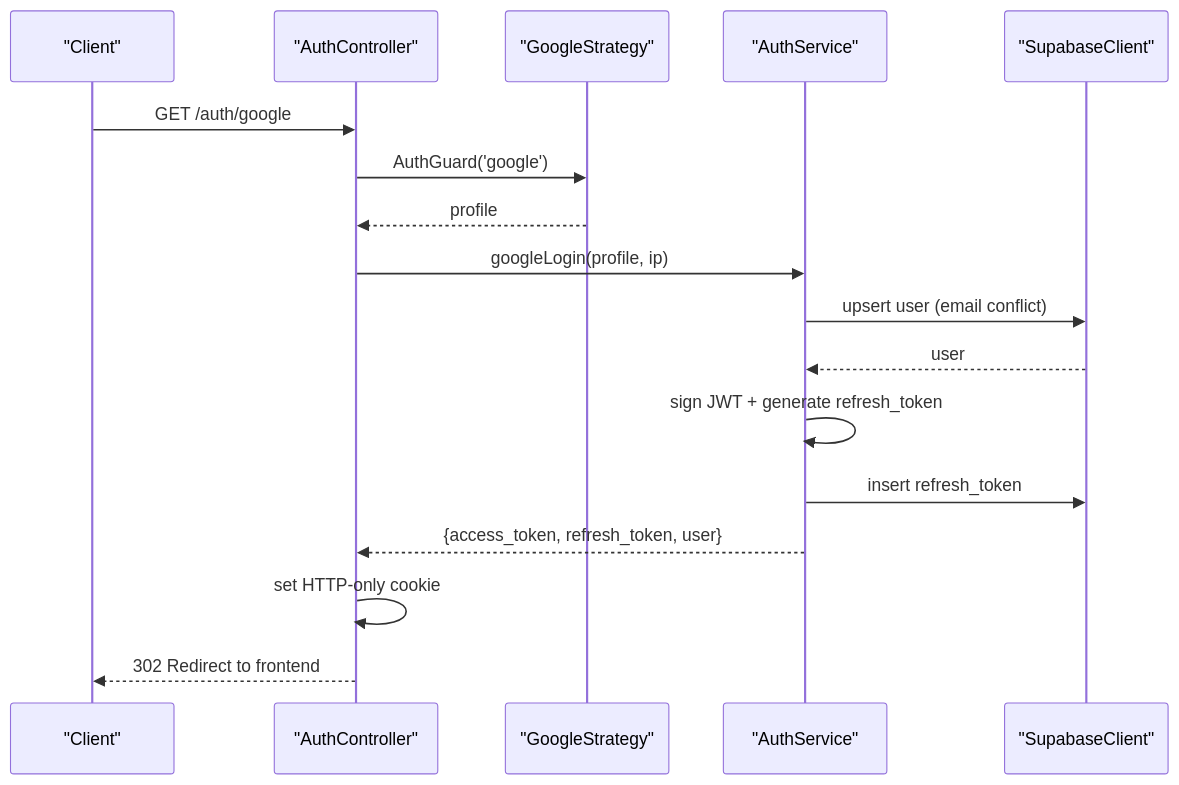
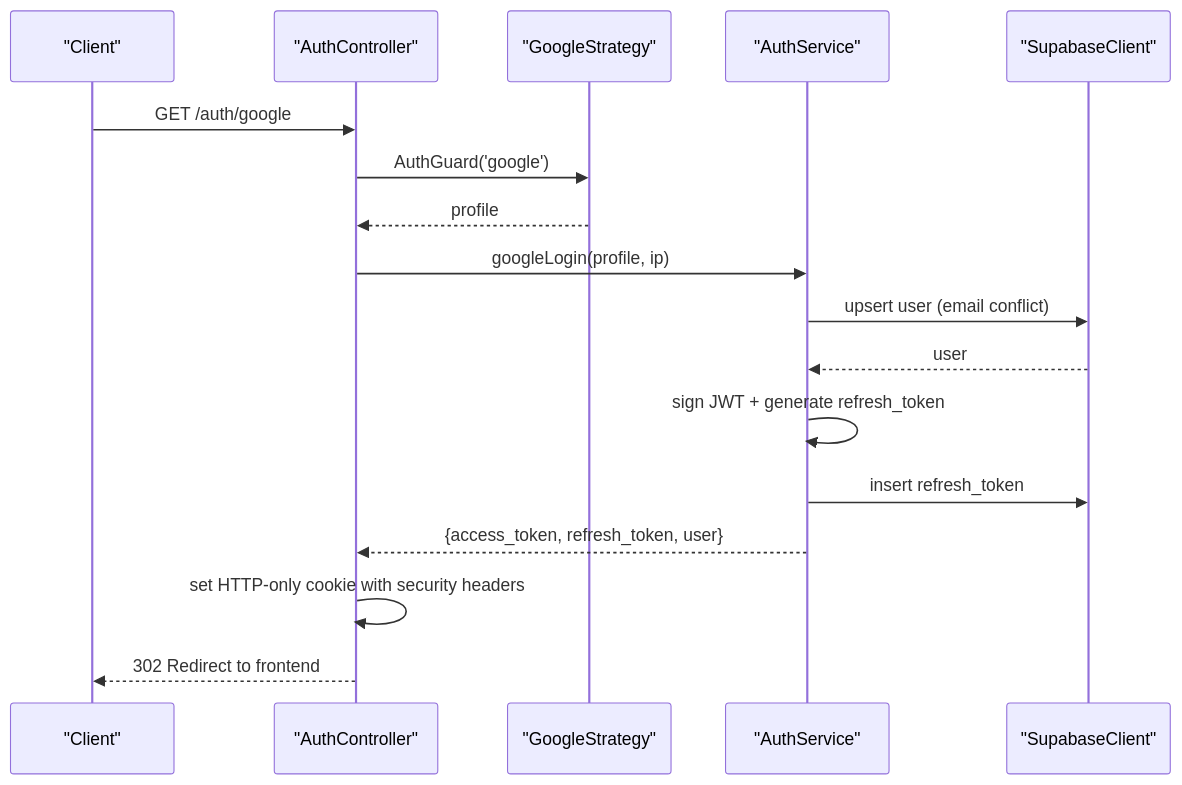
One commit to devonxjz/MissLost changed the fourth of 8 diagrams in .qoder/repowiki/en/content/Backend Architecture/Authentication System/Authentication System.md. Above: the diagram before and after it, drawn with Mermaid. The commit also changed other lines of this file and 12 other files, not shown here.

````diff
--- a/.qoder/repowiki/en/content/Backend Architecture/Authentication System/Authentication System.md
+++ b/.qoder/repowiki/en/content/Backend Architecture/Authentication System/Authentication System.md
@@ -235,19 +246,19 @@
 ```mermaid
 sequenceDiagram
 participant Client as "Client"
 participant Controller as "AuthController"
 participant Google as "GoogleStrategy"
 participant Service as "AuthService"
 participant Supabase as "SupabaseClient"
 Client->>Controller : GET /auth/google
 Controller->>Google : AuthGuard('google')
 Google-->>Controller : profile
 Controller->>Service : googleLogin(profile, ip)
 Service->>Supabase : upsert user (email conflict)
 Supabase-->>Service : user
 Service->>Service : sign JWT + generate refresh_token
 Service->>Supabase : insert refresh_token
 Service-->>Controller : {access_token, refresh_token, user}
-Controller->>Controller : set HTTP-only cookie
+Controller->>Controller : set HTTP-only cookie with security headers
 Controller-->>Client : 302 Redirect to frontend
 ```
````
